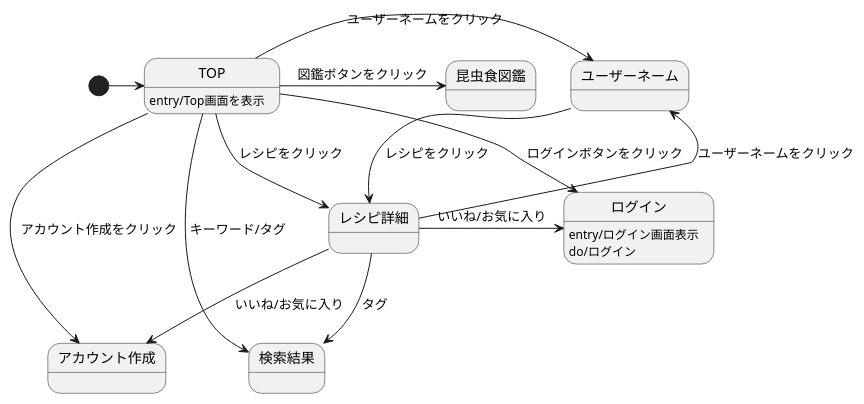
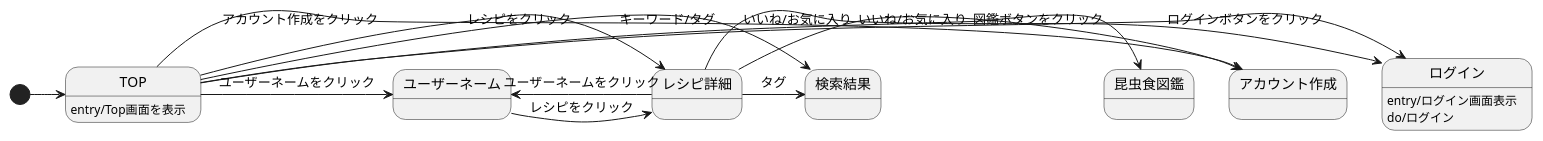
The diagram in ScreenTransitionDiagram.md (ASO2001040/bugbug-design), drawn with PlantUML before and after one commit.

````diff
--- a/ScreenTransitionDiagram.md
+++ b/ScreenTransitionDiagram.md
@@ -1,20 +1,20 @@
 ```uml
 @startuml
 [*]->TOP
 
 TOP : entry/Top画面を表示
 TOP->ログイン: ログインボタンをクリック
 TOP->アカウント作成: アカウント作成をクリック
 TOP->昆虫食図鑑: 図鑑ボタンをクリック
 TOP->ユーザーネーム: ユーザーネームをクリック
 TOP->レシピ詳細: レシピをクリック
 TOP->検索結果: キーワード/タグ
-ユーザーネーム-->レシピ詳細: レシピをクリック
-レシピ詳細-->ユーザーネーム: ユーザーネームをクリック
-レシピ詳細-->検索結果: タグ
-レシピ詳細-->アカウント作成: いいね/お気に入り
+ユーザーネーム->レシピ詳細: レシピをクリック
+レシピ詳細->ユーザーネーム: ユーザーネームをクリック
+レシピ詳細->検索結果: タグ
+レシピ詳細->アカウント作成: いいね/お気に入り
 レシピ詳細->ログイン: いいね/お気に入り
 ログイン: entry/ログイン画面表示
 ログイン : do/ログイン
 @enduml
 ```
````
